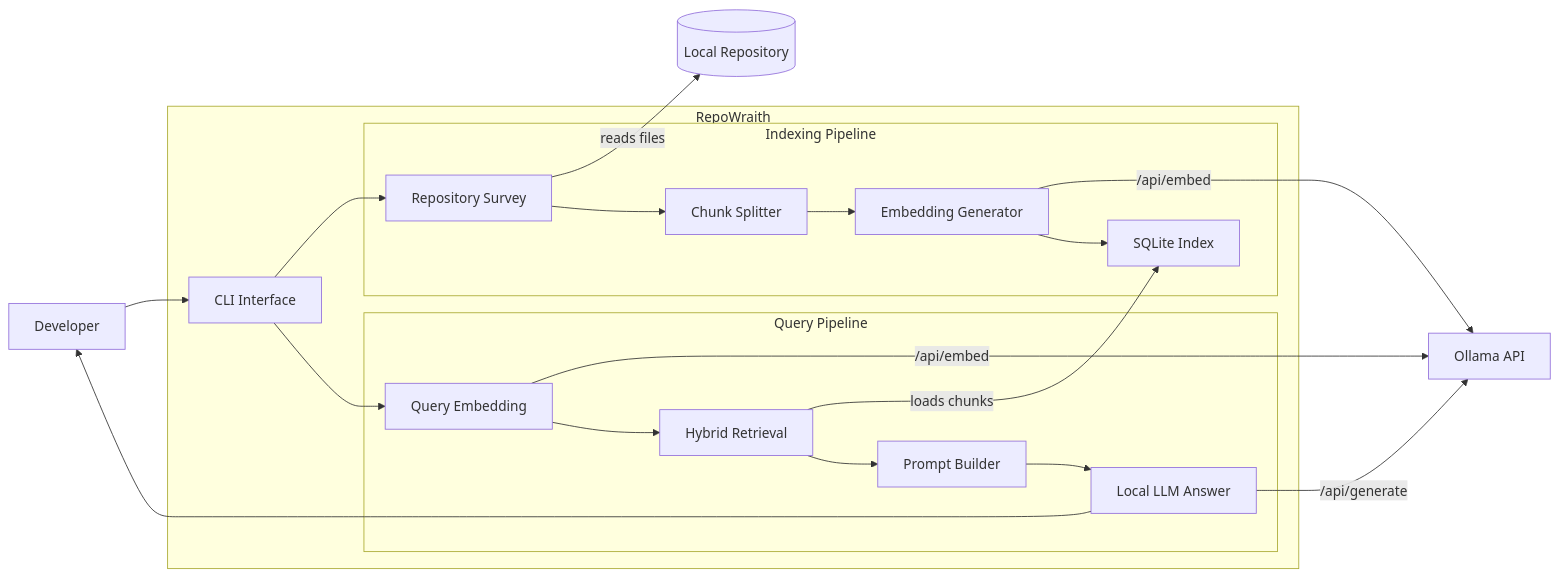
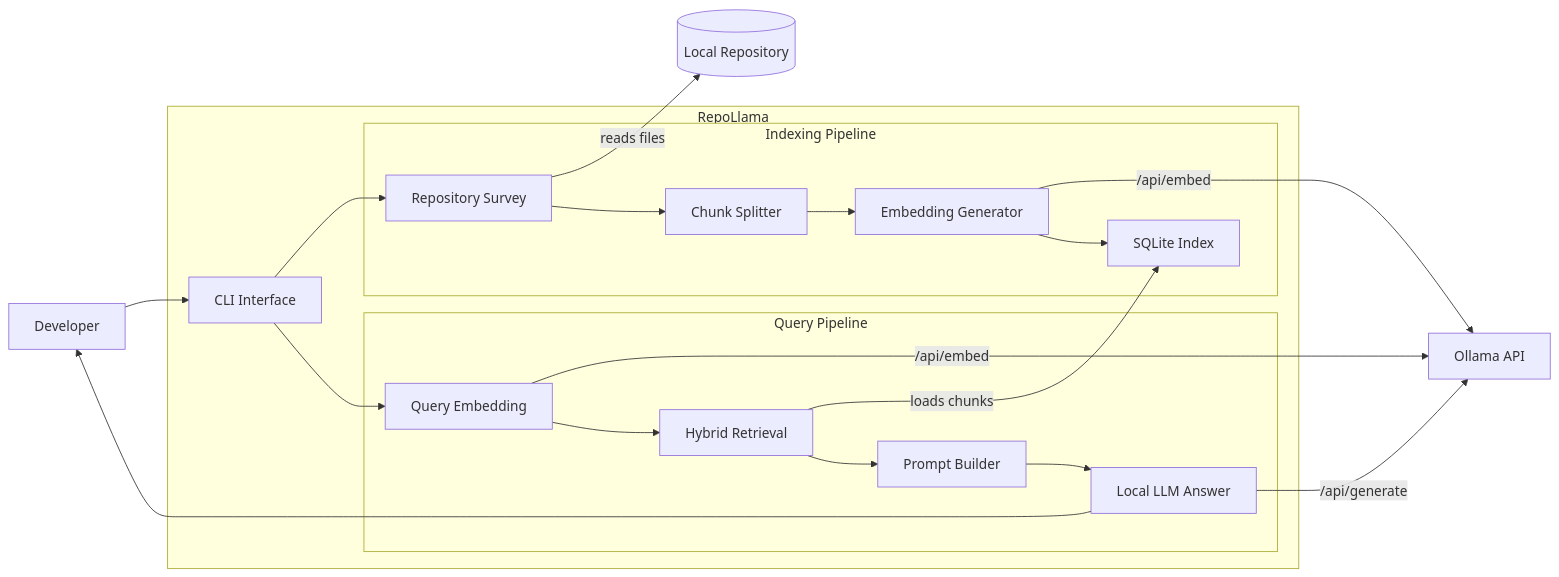
Before and after one commit to LisaS7/RepoWraith: the diagram in docs/4_architecture.md, drawn with Mermaid. The commit also changed other lines of this file and 38 other files, not shown here.

First line of the commit message:
Rename project from RepoWraith to RepoLlama

````diff
--- a/docs/4_architecture.md
+++ b/docs/4_architecture.md
@@ -8,45 +8,45 @@
 ```mermaid
 flowchart LR
 
     dev[Developer]
 
-    subgraph RepoWraith
+    subgraph RepoLlama
         cli[CLI Interface]
 
         subgraph Indexing Pipeline
             survey[Repository Survey]
             split[Chunk Splitter]
             embed[Embedding Generator]
             store[SQLite Index]
         end
 
         subgraph Query Pipeline
             qembed[Query Embedding]
             retrieve[Hybrid Retrieval]
             prompt[Prompt Builder]
             llmstep[Local LLM Answer]
         end
     end
 
     repo[(Local Repository)]
     ollama[Ollama API]
 
     dev --> cli
 
     cli --> survey
     survey -->|reads files| repo
 
     survey --> split
     split --> embed
     embed -->|/api/embed| ollama
     embed --> store
 
     cli --> qembed
     qembed -->|/api/embed| ollama
     qembed --> retrieve
     retrieve -->|loads chunks| store
     retrieve --> prompt
     prompt --> llmstep
     llmstep -->|/api/generate| ollama
     llmstep --> dev
 ```
````
